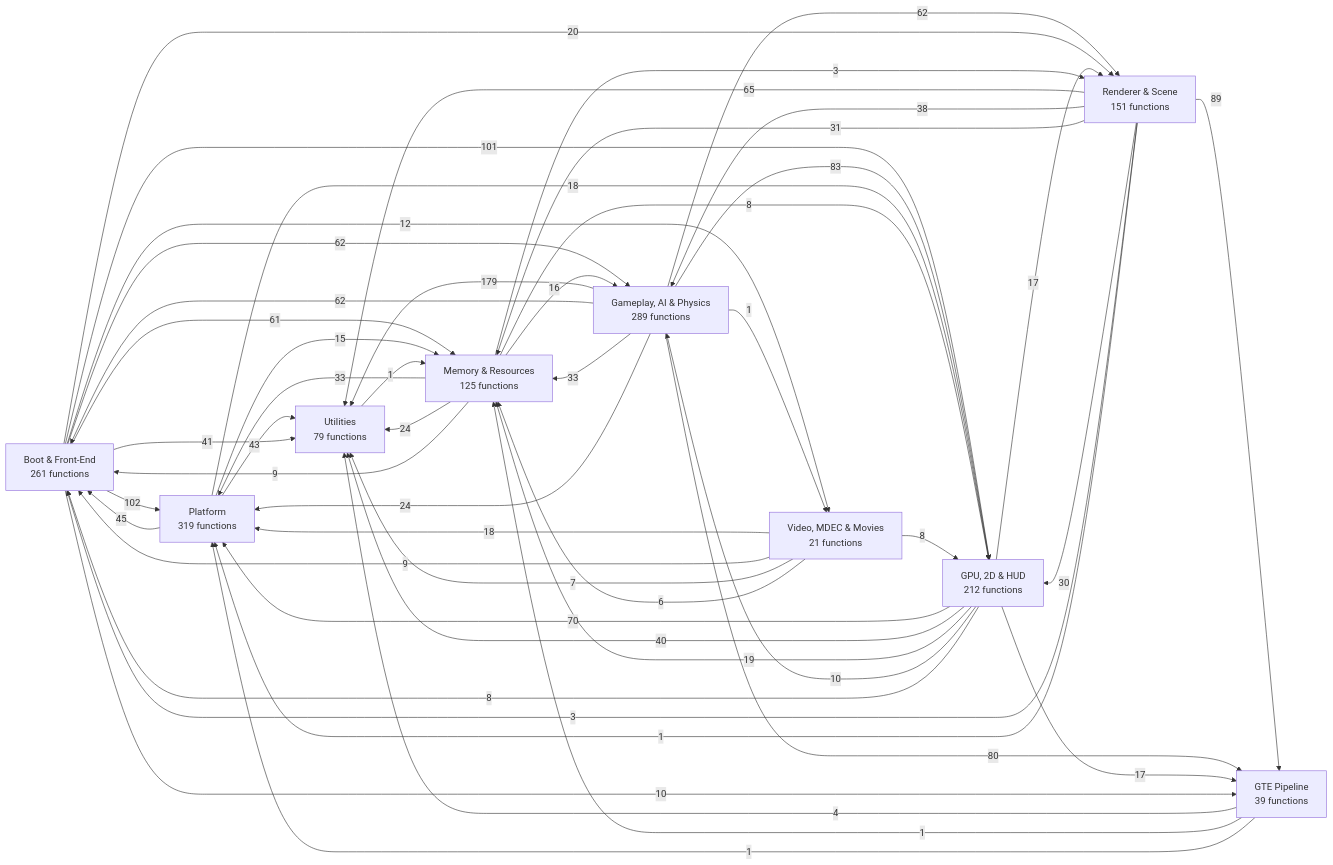
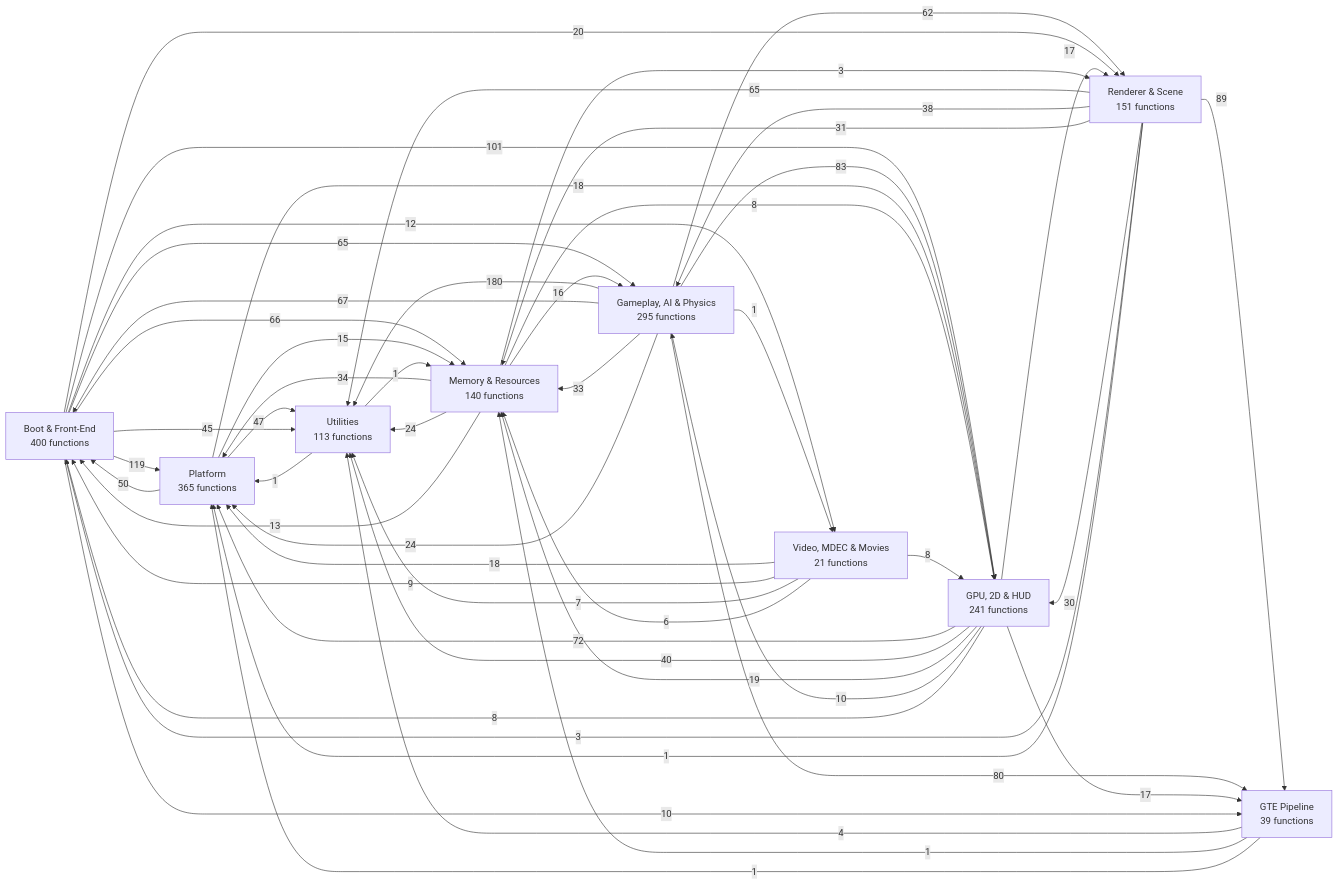
The first of 11 diagrams in docs/FUNCTION_MAP.md (kai-luni/Future-Cop-L.A.P.D-PS1), drawn with Mermaid before and after one commit. The commit also changed other lines of this file, not shown here.

````diff
--- a/docs/FUNCTION_MAP.md
+++ b/docs/FUNCTION_MAP.md
@@ -13,61 +13,62 @@
 ```mermaid
 graph LR
-    g0["Boot & Front-End<br/>261 functions"]
-    g1["Memory & Resources<br/>125 functions"]
+    g0["Boot & Front-End<br/>400 functions"]
+    g1["Memory & Resources<br/>140 functions"]
     g2["Video, MDEC & Movies<br/>21 functions"]
     g3["GTE Pipeline<br/>39 functions"]
     g4["Renderer & Scene<br/>151 functions"]
-    g5["GPU, 2D & HUD<br/>212 functions"]
-    g6["Gameplay, AI & Physics<br/>289 functions"]
-    g7["Platform<br/>319 functions"]
-    g8["Utilities<br/>79 functions"]
-    g6 -->|179| g8
-    g0 -->|102| g7
+    g5["GPU, 2D & HUD<br/>241 functions"]
+    g6["Gameplay, AI & Physics<br/>295 functions"]
+    g7["Platform<br/>365 functions"]
+    g8["Utilities<br/>113 functions"]
+    g6 -->|180| g8
+    g0 -->|119| g7
     g0 -->|101| g5
     g4 -->|89| g3
     g6 -->|83| g5
     g6 -->|80| g3
-    g5 -->|70| g7
+    g5 -->|72| g7
+    g6 -->|67| g0
+    g0 -->|66| g1
+    g0 -->|65| g6
     g4 -->|65| g8
-    g0 -->|62| g6
-    g6 -->|62| g0
     g6 -->|62| g4
-    g0 -->|61| g1
-    g7 -->|45| g0
-    g7 -->|43| g8
-    g0 -->|41| g8
+    g7 -->|50| g0
+    g7 -->|47| g8
+    g0 -->|45| g8
     g5 -->|40| g8
     g4 -->|38| g6
+    g1 -->|34| g7
     g6 -->|33| g1
-    g1 -->|33| g7
     g4 -->|31| g1
     g4 -->|30| g5
     g6 -->|24| g7
     g1 -->|24| g8
     g0 -->|20| g4
     g5 -->|19| g1
     g7 -->|18| g5
     g2 -->|18| g7
     g5 -->|17| g3
     g5 -->|17| g4
     g1 -->|16| g6
     g7 -->|15| g1
+    g1 -->|13| g0
     g0 -->|12| g2
     g0 -->|10| g3
     g5 -->|10| g6
-    g1 -->|9| g0
     g2 -->|9| g0
     g5 -->|8| g0
     g1 -->|8| g5
     g2 -->|8| g5
     g2 -->|7| g8
     g2 -->|6| g1
     g3 -->|4| g8
     g1 -->|3| g4
     g4 -->|3| g0
     g3 -->|1| g1
     g3 -->|1| g7
     g6 -->|1| g2
     g4 -->|1| g7
     g8 -->|1| g1
+    g8 -->|1| g7
 ```
````
